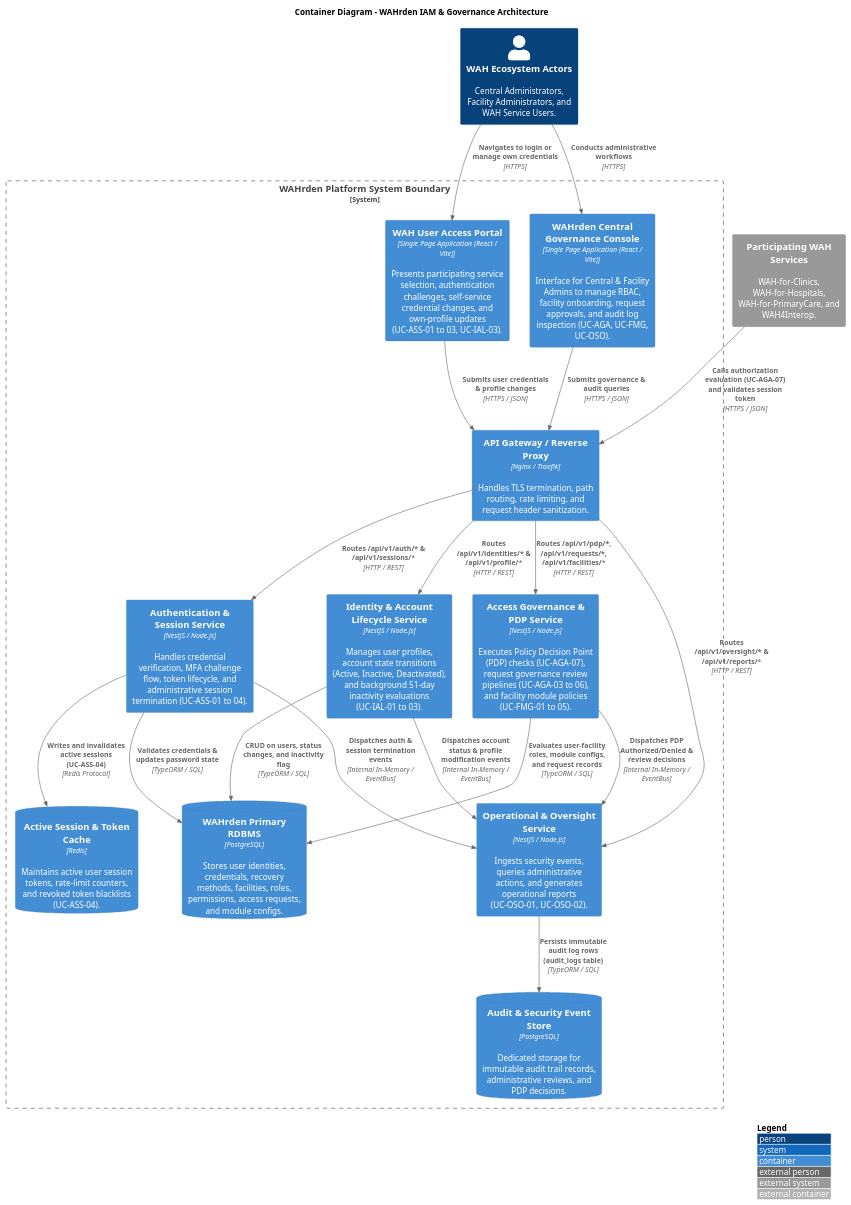
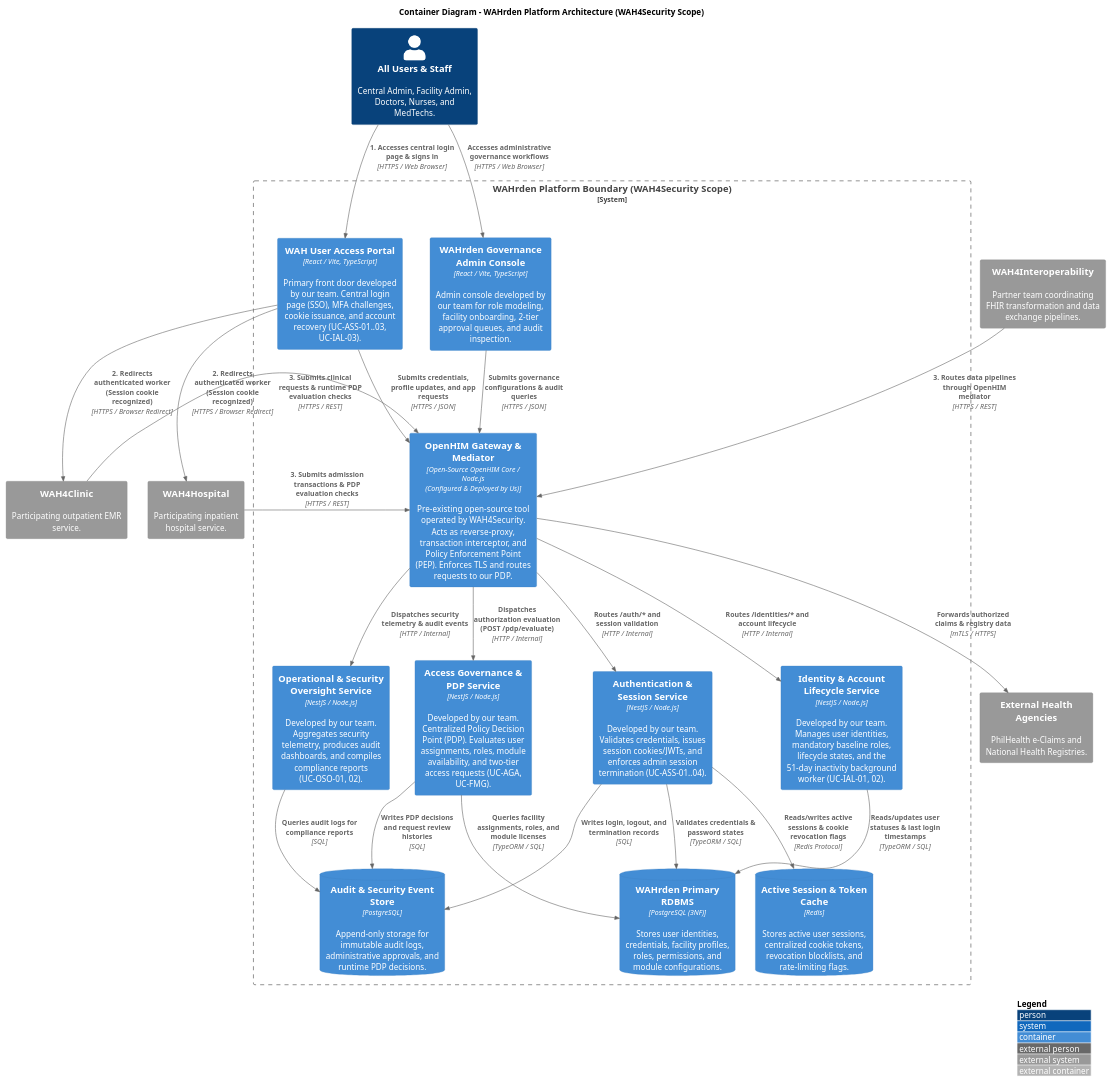
One commit to APC-SoCIT/APC-2026-2027-T1-SF241-G05-WAH4Security changed the diagram in WAH4Security_C4Diagrams/ContainerDiagram.puml. Above: the diagram before and after it, drawn with PlantUML.

Commit message:
Revise Container Diagram for WAHrden Platform Architecture

```diff
--- a/WAH4Security_C4Diagrams/ContainerDiagram.puml
+++ b/WAH4Security_C4Diagrams/ContainerDiagram.puml
@@ -3,55 +3,82 @@
-@startuml C4_Level2_Container_Revised
+@startuml C4_Level2_Container_OpenHIM_OpenSource
 !include https://raw.githubusercontent.com/plantuml-stdlib/C4-PlantUML/master/C4_Container.puml
 
 LAYOUT_WITH_LEGEND()
 
-title Container Diagram - WAHrden IAM & Governance Architecture
+title Container Diagram - WAHrden Platform Architecture (WAH4Security Scope)
 
-Person(users, "WAH Ecosystem Actors", "Central Administrators, Facility Administrators, and WAH Service Users.")
-System_Ext(participating_services, "Participating WAH Services", "WAH-for-Clinics, WAH-for-Hospitals, WAH-for-PrimaryCare, and WAH4Interop.")
+Person(all_users, "All Users & Staff", "Central Admin, Facility Admin, Doctors, Nurses, and MedTechs.")
 
-System_Boundary(wahrden_boundary, "WAHrden Platform System Boundary") {
-    Container(user_portal, "WAH User Access Portal", "Single Page Application (React / Vite)", "Presents participating service selection, authentication challenges, self-service credential changes, and own-profile updates (UC-ASS-01 to 03, UC-IAL-03).")
-    Container(admin_portal, "WAHrden Central Governance Console", "Single Page Application (React / Vite)", "Interface for Central & Facility Admins to manage RBAC, facility onboarding, request approvals, and audit log inspection (UC-AGA, UC-FMG, UC-OSO).")
+' ==============================================================================
+' WAHRDEN PLATFORM BOUNDARY (WAH4SECURITY)
+' ==============================================================================
+System_Boundary(wahrden_boundary, "WAHrden Platform Boundary (WAH4Security Scope)") {
     
-    Container(api_gateway, "API Gateway / Reverse Proxy", "Nginx / Traefik", "Handles TLS termination, path routing, rate limiting, and request header sanitization.")
+    ' Web Portals Developed by Us
+    Container(auth_portal, "WAH User Access Portal", "React / Vite, TypeScript", "Primary front door developed by our team. Central login page (SSO), MFA challenges, cookie issuance, and account recovery (UC-ASS-01..03, UC-IAL-03).")
+    Container(admin_console, "WAHrden Governance Admin Console", "React / Vite, TypeScript", "Admin console developed by our team for role modeling, facility onboarding, 2-tier approval queues, and audit inspection.")
 
-    Container(auth_service, "Authentication & Session Service", "NestJS / Node.js", "Handles credential verification, MFA challenge flow, token lifecycle, and administrative session termination (UC-ASS-01 to 04).")
-    Container(identity_service, "Identity & Account Lifecycle Service", "NestJS / Node.js", "Manages user profiles, account state transitions (Active, Inactive, Deactivated), and background 51-day inactivity evaluations (UC-IAL-01 to 03).")
-    Container(pdp_service, "Access Governance & PDP Service", "NestJS / Node.js", "Executes Policy Decision Point (PDP) checks (UC-AGA-07), request governance review pipelines (UC-AGA-03 to 06), and facility module policies (UC-FMG-01 to 05).")
-    Container(audit_service, "Operational & Oversight Service", "NestJS / Node.js", "Ingests security events, queries administrative actions, and generates operational reports (UC-OSO-01, UC-OSO-02).")
+    ' Open-Source Tool Deployed & Configured by Us
+    Container(openhim_gateway, "OpenHIM Gateway & Mediator", "Open-Source OpenHIM Core / Node.js\n(Configured & Deployed by Us)", "Pre-existing open-source tool operated by WAH4Security. Acts as reverse-proxy, transaction interceptor, and Policy Enforcement Point (PEP). Enforces TLS and routes requests to our PDP.")
 
-    ContainerDb(redis_cache, "Active Session & Token Cache", "Redis", "Maintains active user session tokens, rate-limit counters, and revoked token blacklists (UC-ASS-04).")
-    ContainerDb(wahrden_db, "WAHrden Primary RDBMS", "PostgreSQL", "Stores user identities, credentials, recovery methods, facilities, roles, permissions, access requests, and module configs.")
-    ContainerDb(audit_db, "Audit & Security Event Store", "PostgreSQL", "Dedicated storage for immutable audit trail records, administrative reviews, and PDP decisions.")
+    ' Core Backend Microservices Developed by Us
+    Container(auth_service, "Authentication & Session Service", "NestJS / Node.js", "Developed by our team. Validates credentials, issues session cookies/JWTs, and enforces admin session termination (UC-ASS-01..04).")
+    Container(identity_service, "Identity & Account Lifecycle Service", "NestJS / Node.js", "Developed by our team. Manages user identities, mandatory baseline roles, lifecycle states, and the 51-day inactivity background worker (UC-IAL-01, 02).")
+    Container(pdp_service, "Access Governance & PDP Service", "NestJS / Node.js", "Developed by our team. Centralized Policy Decision Point (PDP). Evaluates user assignments, roles, module availability, and two-tier access requests (UC-AGA, UC-FMG).")
+    Container(oversight_service, "Operational & Security Oversight Service", "NestJS / Node.js", "Developed by our team. Aggregates security telemetry, produces audit dashboards, and compiles compliance reports (UC-OSO-01, 02).")
+
+    ' Storage & Cache
+    ContainerDb(redis_cache, "Active Session & Token Cache", "Redis", "Stores active user sessions, centralized cookie tokens, revocation blocklists, and rate-limiting flags.")
+    ContainerDb(wahrden_db, "WAHrden Primary RDBMS", "PostgreSQL (3NF)", "Stores user identities, credentials, facility profiles, roles, permissions, and module configurations.")
+    ContainerDb(audit_db, "Audit & Security Event Store", "PostgreSQL", "Append-only storage for immutable audit logs, administrative approvals, and runtime PDP decisions.")
 }
 
-' User Ingress
-Rel(users, user_portal, "Navigates to login or manage own credentials", "HTTPS")
-Rel(users, admin_portal, "Conducts administrative workflows", "HTTPS")
+' ==============================================================================
+' PARTICIPATING WAH PLATFORM TEAMS
+' ==============================================================================
+System_Ext(wah4clinic, "WAH4Clinic", "Participating outpatient EMR service.")
+System_Ext(wah4hospital, "WAH4Hospital", "Participating inpatient hospital service.")
+System_Ext(wah4interop, "WAH4Interoperability", "Partner team coordinating FHIR transformation and data exchange pipelines.")
+System_Ext(external_agencies, "External Health Agencies", "PhilHealth e-Claims and National Health Registries.")
 
-Rel(user_portal, api_gateway, "Submits user credentials & profile changes", "HTTPS / JSON")
-Rel(admin_portal, api_gateway, "Submits governance & audit queries", "HTTPS / JSON")
+' ==============================================================================
+' INTERACTIONS
+' ==============================================================================
 
-' Gateway Routing
-Rel(api_gateway, auth_service, "Routes /api/v1/auth/* & /api/v1/sessions/*", "HTTP / REST")
-Rel(api_gateway, identity_service, "Routes /api/v1/identities/* & /api/v1/profile/*", "HTTP / REST")
-Rel(api_gateway, pdp_service, "Routes /api/v1/pdp/*, /api/v1/requests/*, /api/v1/facilities/*", "HTTP / REST")
-Rel(api_gateway, audit_service, "Routes /api/v1/oversight/* & /api/v1/reports/*", "HTTP / REST")
+' Ingress
+Rel(all_users, auth_portal, "1. Accesses central login page & signs in", "HTTPS / Web Browser")
+Rel(all_users, admin_console, "Accesses administrative governance workflows", "HTTPS / Web Browser")
 
-' External Service PDP Checks
-Rel(participating_services, api_gateway, "Calls authorization evaluation (UC-AGA-07) and validates session token", "HTTPS / JSON")
+Rel(auth_portal, openhim_gateway, "Submits credentials, profile updates, and app requests", "HTTPS / JSON")
+Rel(admin_console, openhim_gateway, "Submits governance configurations & audit queries", "HTTPS / JSON")
 
-' Service to Storage Interconnections
-Rel(auth_service, redis_cache, "Writes and invalidates active sessions (UC-ASS-04)", "Redis Protocol")
-Rel(auth_service, wahrden_db, "Validates credentials & updates password state", "TypeORM / SQL")
-Rel(identity_service, wahrden_db, "CRUD on users, status changes, and inactivity flag", "TypeORM / SQL")
-Rel(pdp_service, wahrden_db, "Evaluates user-facility roles, module configs, and request records", "TypeORM / SQL")
+' OpenHIM Gateway Internal Dispatch
+Rel(openhim_gateway, auth_service, "Routes /auth/* and session validation", "HTTP / Internal")
+Rel(openhim_gateway, identity_service, "Routes /identities/* and account lifecycle", "HTTP / Internal")
+Rel(openhim_gateway, pdp_service, "Dispatches authorization evaluation (POST /pdp/evaluate)", "HTTP / Internal")
+Rel(openhim_gateway, oversight_service, "Dispatches security telemetry & audit events", "HTTP / Internal")
 
-' Centralized Audit Trail Ingestion
-Rel(auth_service, audit_service, "Dispatches auth & session termination events", "Internal In-Memory / EventBus")
-Rel(pdp_service, audit_service, "Dispatches PDP Authorized/Denied & review decisions", "Internal In-Memory / EventBus")
-Rel(identity_service, audit_service, "Dispatches account status & profile modification events", "Internal In-Memory / EventBus")
-Rel(audit_service, audit_db, "Persists immutable audit log rows (audit_logs table)", "TypeORM / SQL")
+' Shared SSO Session to Participating Apps
+Rel(auth_portal, wah4clinic, "2. Redirects authenticated worker (Session cookie recognized)", "HTTPS / Browser Redirect")
+Rel(auth_portal, wah4hospital, "2. Redirects authenticated worker (Session cookie recognized)", "HTTPS / Browser Redirect")
+
+' Participating Teams Transact via OpenHIM Gateway
+Rel(wah4clinic, openhim_gateway, "3. Submits clinical requests & runtime PDP evaluation checks", "HTTPS / REST")
+Rel(wah4hospital, openhim_gateway, "3. Submits admission transactions & PDP evaluation checks", "HTTPS / REST")
+Rel(wah4interop, openhim_gateway, "3. Routes data pipelines through OpenHIM mediator", "HTTPS / REST")
+
+' Outbound Dispatch
+Rel(openhim_gateway, external_agencies, "Forwards authorized claims & registry data", "mTLS / HTTPS")
+
+' Database Connections
+Rel(auth_service, redis_cache, "Reads/writes active sessions & cookie revocation flags", "Redis Protocol")
+Rel(auth_service, wahrden_db, "Validates credentials & password states", "TypeORM / SQL")
+Rel(identity_service, wahrden_db, "Reads/updates user statuses & last login timestamps", "TypeORM / SQL")
+Rel(pdp_service, wahrden_db, "Queries facility assignments, roles, and module licenses", "TypeORM / SQL")
+
+' Centralized Immutable Logging
+Rel(auth_service, audit_db, "Writes login, logout, and termination records", "SQL")
+Rel(pdp_service, audit_db, "Writes PDP decisions and request review histories", "SQL")
+Rel(oversight_service, audit_db, "Queries audit logs for compliance reports", "SQL")
 
 @enduml
```
